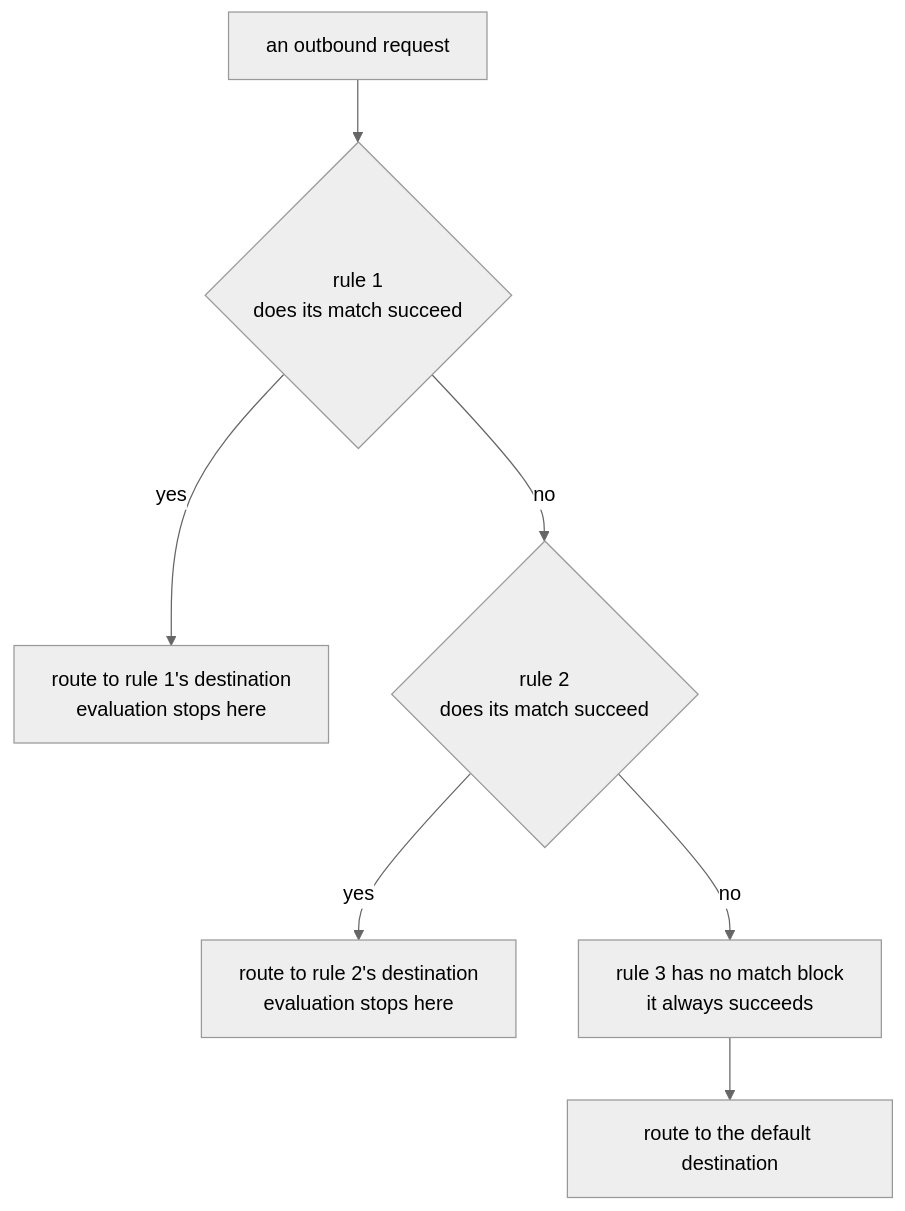
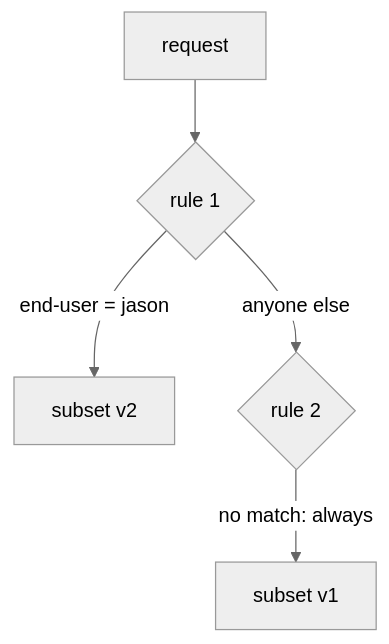
One commit to astrona-io/ATS014 changed the first of 2 diagrams in sections/section-010/module-01/course-03-evaluation-order-and-proof.md. Above: the diagram before and after it, drawn with Mermaid (neutral theme). The commit also changed other lines of this file and 444 other files, not shown here.

````diff
--- a/sections/section-010/module-01/course-03-evaluation-order-and-proof.md
+++ b/sections/section-010/module-01/course-03-evaluation-order-and-proof.md
@@ -11,9 +11,7 @@
 ```mermaid
-flowchart TD
-    Q["an outbound request"] --> R1{"rule 1<br/>does its match succeed"}
-    R1 -->|"yes"| D1["route to rule 1's destination<br/>evaluation stops here"]
-    R1 -->|"no"| R2{"rule 2<br/>does its match succeed"}
-    R2 -->|"yes"| D2["route to rule 2's destination<br/>evaluation stops here"]
-    R2 -->|"no"| R3["rule 3 has no match block<br/>it always succeeds"]
-    R3 --> D3["route to the default destination"]
+flowchart TB
+    R["request"] --> M1{"rule 1"}
+    M1 -->|"end-user = jason"| V2["subset v2"]
+    M1 -->|"anyone else"| M2{"rule 2"}
+    M2 -->|"no match: always"| V1["subset v1"]
 ```
````
